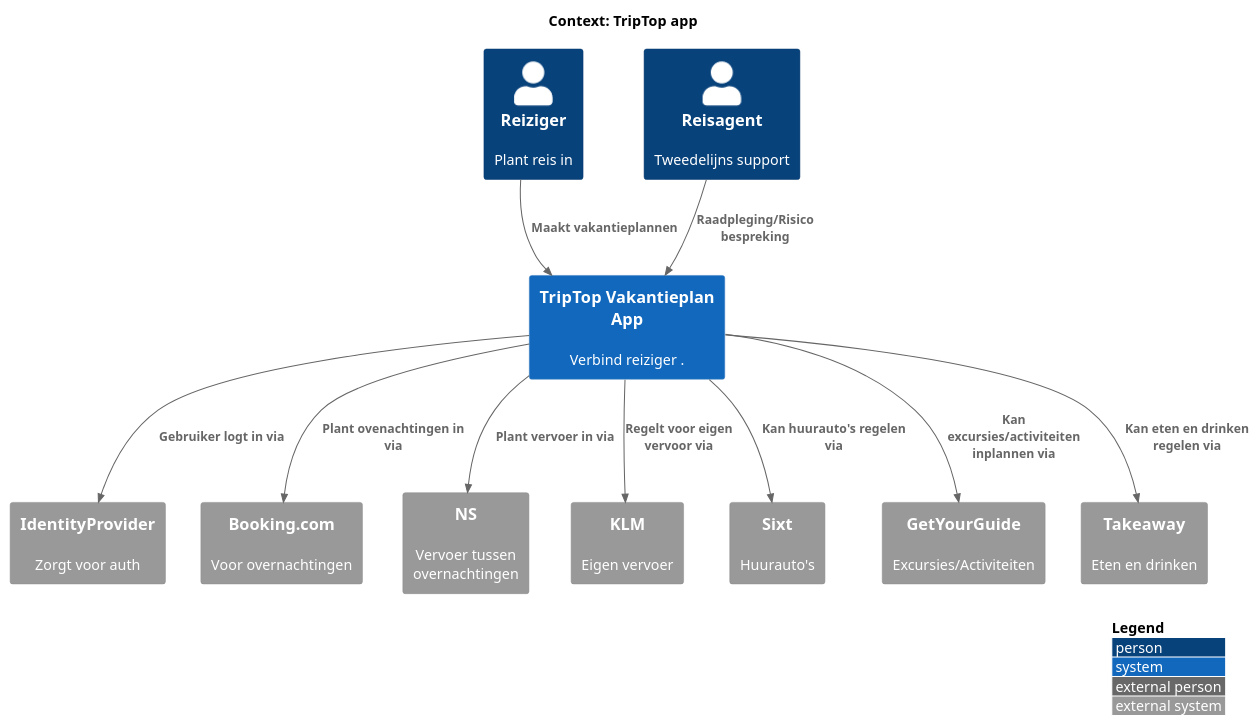
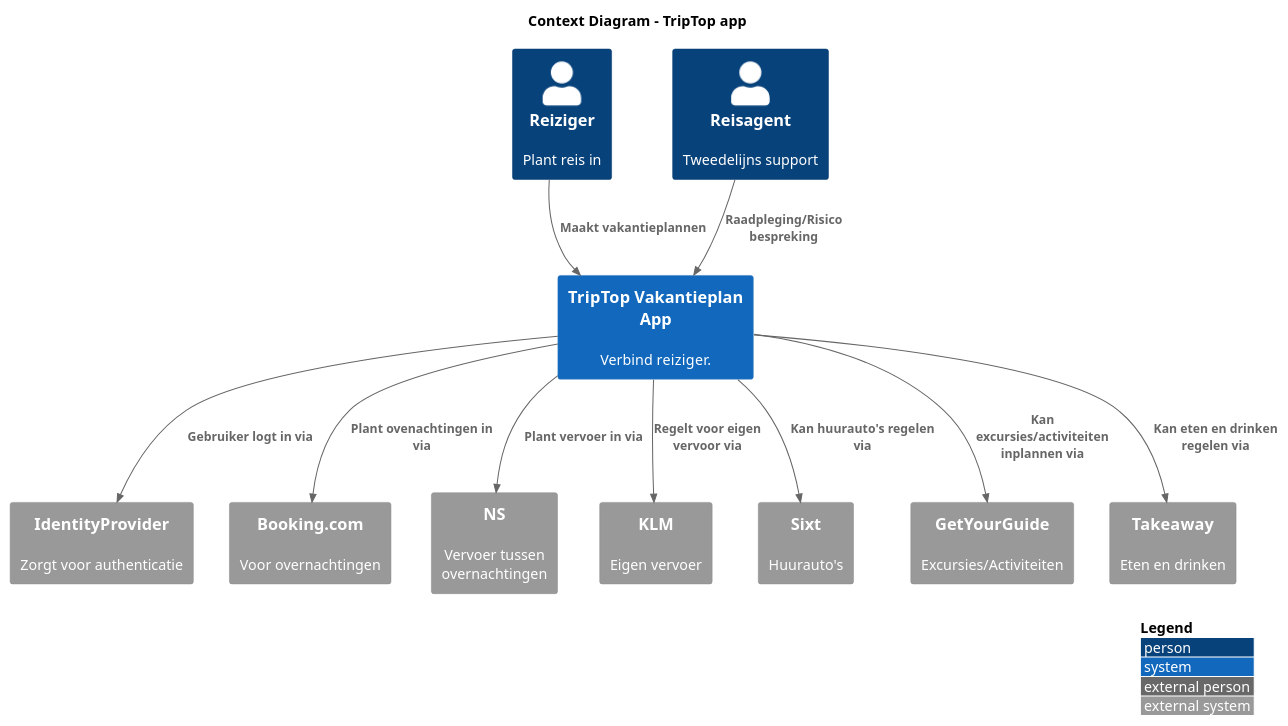
The diagram in opdracht-diagrammen/context_diagram_ramon.puml (AIM-ENE-feb25/triptop-groep-3-pedro-ramon-mees), drawn with PlantUML before and after one commit. The commit also changed 2 other files, not shown here.

Commit message:
Add container diagram for login

```diff
--- a/opdracht-diagrammen/context_diagram_ramon.puml
+++ b/opdracht-diagrammen/context_diagram_ramon.puml
@@ -1,36 +1,34 @@
 @startuml
 
-!include <C4/C4>
-!include <C4/C4_Context>
 !include https://raw.githubusercontent.com/plantuml-stdlib/C4-PlantUML/master/C4_Context.puml
 
-title Context: TripTop app
+title Context Diagram - TripTop app
 
 Person(reiziger,  "Reiziger",  "Plant reis in")
 Person(reisagent, "Reisagent", "Tweedelijns support")
 
-System(triptop, "TripTop Vakantieplan App", "Verbind reiziger .")
+System(triptop, "TripTop Vakantieplan App", "Verbind reiziger.")
 
-System_Ext(identityprovider, "IdentityProvider", "Zorgt voor auth")
+System_Ext(identityprovider, "IdentityProvider", "Zorgt voor authenticatie")
 System_Ext(booking,          "Booking.com",      "Voor overnachtingen")
 System_Ext(ns,               "NS",               "Vervoer tussen overnachtingen")
 System_Ext(klm,              "KLM",              "Eigen vervoer")
 System_Ext(sixt,             "Sixt",             "Huurauto's")
 System_Ext(gyg,              "GetYourGuide",     "Excursies/Activiteiten")
 System_Ext(takeaway,         "Takeaway",         "Eten en drinken")
 
 Rel(reiziger,  triptop, "Maakt vakantieplannen")
 Rel(reisagent, triptop, "Raadpleging/Risico bespreking")
 
 Rel(triptop, identityprovider, "Gebruiker logt in via")
 Rel(triptop, booking,          "Plant ovenachtingen in via")
 Rel(triptop, ns,               "Plant vervoer in via")
 Rel(triptop, klm,              "Regelt voor eigen vervoor via")
 Rel(triptop, sixt,             "Kan huurauto's regelen via")
 Rel(triptop, gyg,              "Kan excursies/activiteiten inplannen via")
 Rel(triptop, takeaway,         "Kan eten en drinken regelen via")
 
 SHOW_LEGEND(true)
 LAYOUT_WITH_LEGEND()
 
 @enduml
```
